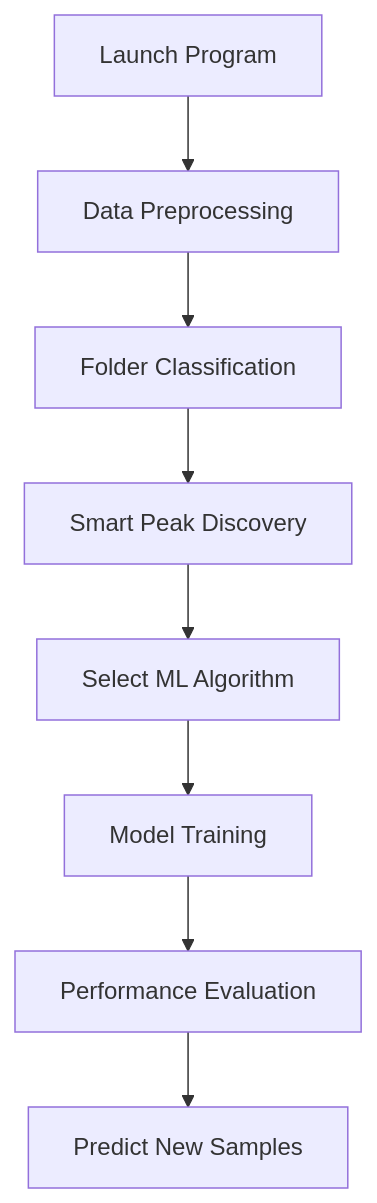
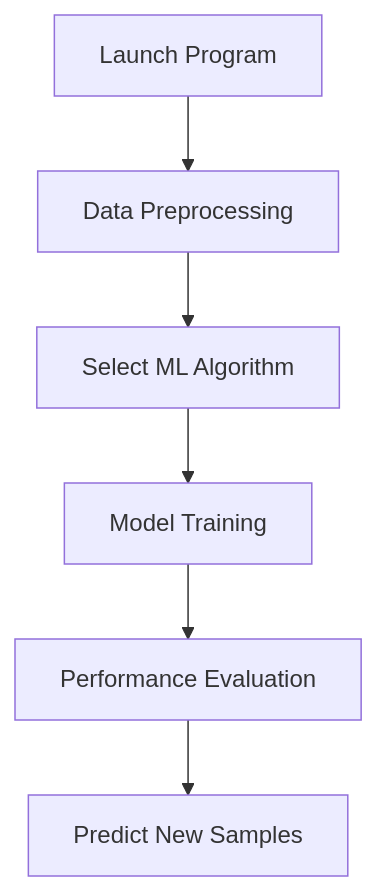
Before and after one commit to swws50/ms_ml_project: the diagram in readme_en.md, drawn with Mermaid. The commit also changed 3 other files, not shown here.

````diff
--- a/readme_en.md
+++ b/readme_en.md
@@ -92,10 +92,8 @@
 ```mermaid
     graph TD
         A[Launch Program] --> B[Data Preprocessing]
-        B --> C[Folder Classification]
-        C --> D[Smart Peak Discovery]
-        D --> E[Select ML Algorithm]
+        B --> E[Select ML Algorithm]
         E --> F[Model Training]
         F --> G[Performance Evaluation]
         G --> H[Predict New Samples]
 ```
````
